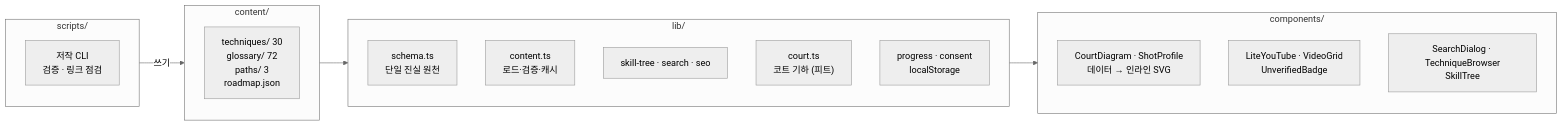
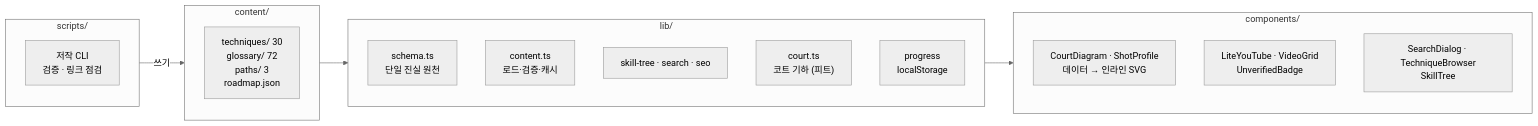
Before and after one commit to sehyunnoh/pickleball: the eighth of 8 diagrams in docs/ARCHITECTURE.md, drawn with Mermaid (neutral theme). The commit also changed other lines of this file and 14 other files, not shown here.

````diff
--- a/docs/ARCHITECTURE.md
+++ b/docs/ARCHITECTURE.md
@@ -238,24 +240,24 @@
 ```mermaid
 flowchart LR
     subgraph s["scripts/"]
         s1["저작 CLI<br/>검증 · 링크 점검"]
     end
     subgraph c["content/"]
         c1["techniques/ 30<br/>glossary/ 72<br/>paths/ 3<br/>roadmap.json"]
     end
     subgraph l["lib/"]
         l1["schema.ts<br/>단일 진실 원천"]
         l2["content.ts<br/>로드·검증·캐시"]
         l3["skill-tree · search · seo"]
         l4["court.ts<br/>코트 기하 (피트)"]
-        l5["progress · consent<br/>localStorage"]
+        l5["progress<br/>localStorage"]
     end
     subgraph cm["components/"]
         cm1["CourtDiagram · ShotProfile<br/>데이터 → 인라인 SVG"]
         cm2["LiteYouTube · VideoGrid<br/>UnverifiedBadge"]
         cm3["SearchDialog · TechniqueBrowser<br/>SkillTree"]
     end
     s -->|쓰기| c
     c --> l
     l --> cm
 ```
````
